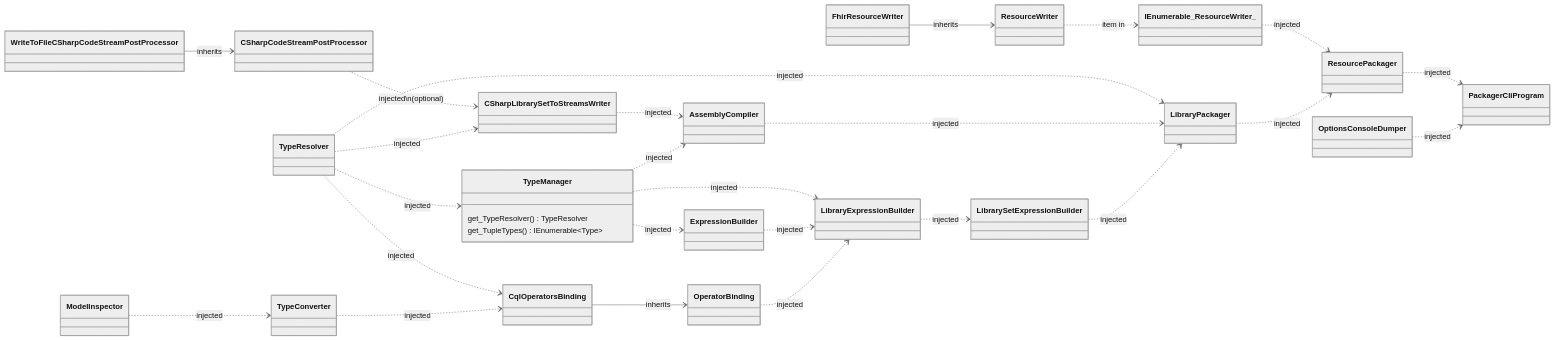
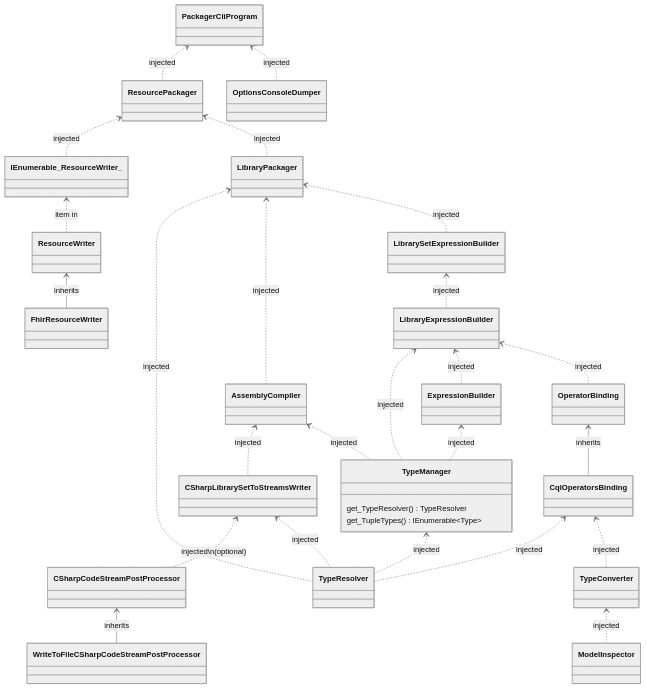
One commit to FirelyTeam/firely-cql-sdk changed the first of 2 diagrams in docs/packager-cli-dependency-graph.md. Above: the diagram before and after it, drawn with Mermaid (neutral theme).

Commit message:
Change diagram orientation

````diff
--- a/docs/packager-cli-dependency-graph.md
+++ b/docs/packager-cli-dependency-graph.md
@@ -5,67 +5,67 @@
 ```mermaid
 classDiagram
-    direction LR
+    direction BT
 
     %% HACK: Mermaid doesnt support commas withing generic, so use a similar looking character (﹐)
 
     class TypeManager {
         get_TypeResolver() TypeResolver
         get_TupleTypes() IEnumerable~Type~
     }
 
     subgraph Generating_CSharp_From_LibrarySet_AndDefinitions
         class CSharpLibrarySetToStreamsWriter {
         }
 
         class CSharpCodeStreamPostProcessor {
         }
 
         class WriteToFileCSharpCodeStreamPostProcessor {
         }
     end
 
 
     %% Inheritance  
     
     CqlOperatorsBinding --> OperatorBinding : inherits
     FhirResourceWriter --> ResourceWriter : inherits
     WriteToFileCSharpCodeStreamPostProcessor --> CSharpCodeStreamPostProcessor : inherits
 
     %% Injected Dependencies
 
     CSharpLibrarySetToStreamsWriter ..> AssemblyCompiler : injected
     TypeManager ..> AssemblyCompiler : injected
 
     TypeManager ..> ExpressionBuilder : injected
 
     ResourcePackager ..> PackagerCliProgram : injected 
     OptionsConsoleDumper ..> PackagerCliProgram : injected 
     
        
     TypeResolver ..> CqlOperatorsBinding : injected
     TypeConverter ..> CqlOperatorsBinding : injected
 
     ModelInspector ..> TypeConverter : injected  
 
     TypeResolver ..> TypeManager : injected
 
     TypeResolver ..> LibraryPackager : injected
     AssemblyCompiler ..> LibraryPackager : injected
     LibrarySetExpressionBuilder ..> LibraryPackager : injected
     
     CSharpCodeStreamPostProcessor ..> CSharpLibrarySetToStreamsWriter : injected\n(optional)
     TypeResolver ..> CSharpLibrarySetToStreamsWriter : injected
 
     TypeManager ..> LibraryExpressionBuilder : injected
     ExpressionBuilder ..> LibraryExpressionBuilder : injected
     OperatorBinding ..> LibraryExpressionBuilder : injected
 
     LibraryExpressionBuilder ..> LibrarySetExpressionBuilder : injected
 
     IEnumerable_ResourceWriter_ ..> ResourcePackager : injected 
     LibraryPackager ..> ResourcePackager : injected
 
     %% Rest
     ResourceWriter ..> IEnumerable_ResourceWriter_ : item in
 
 ```
````
